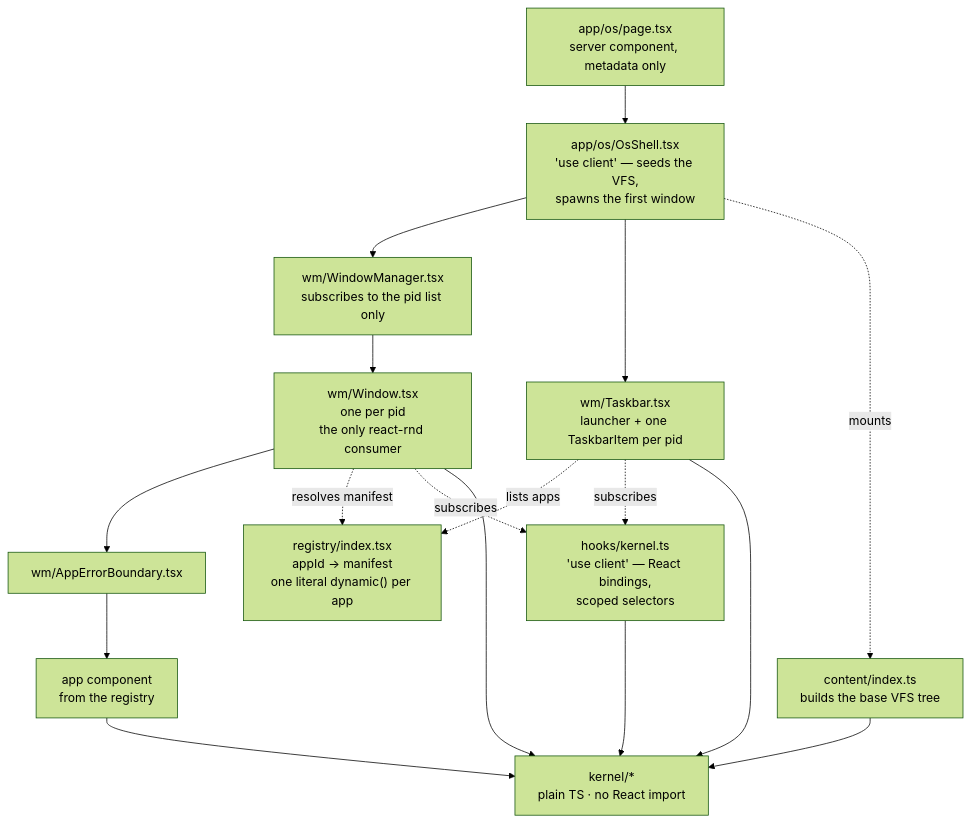
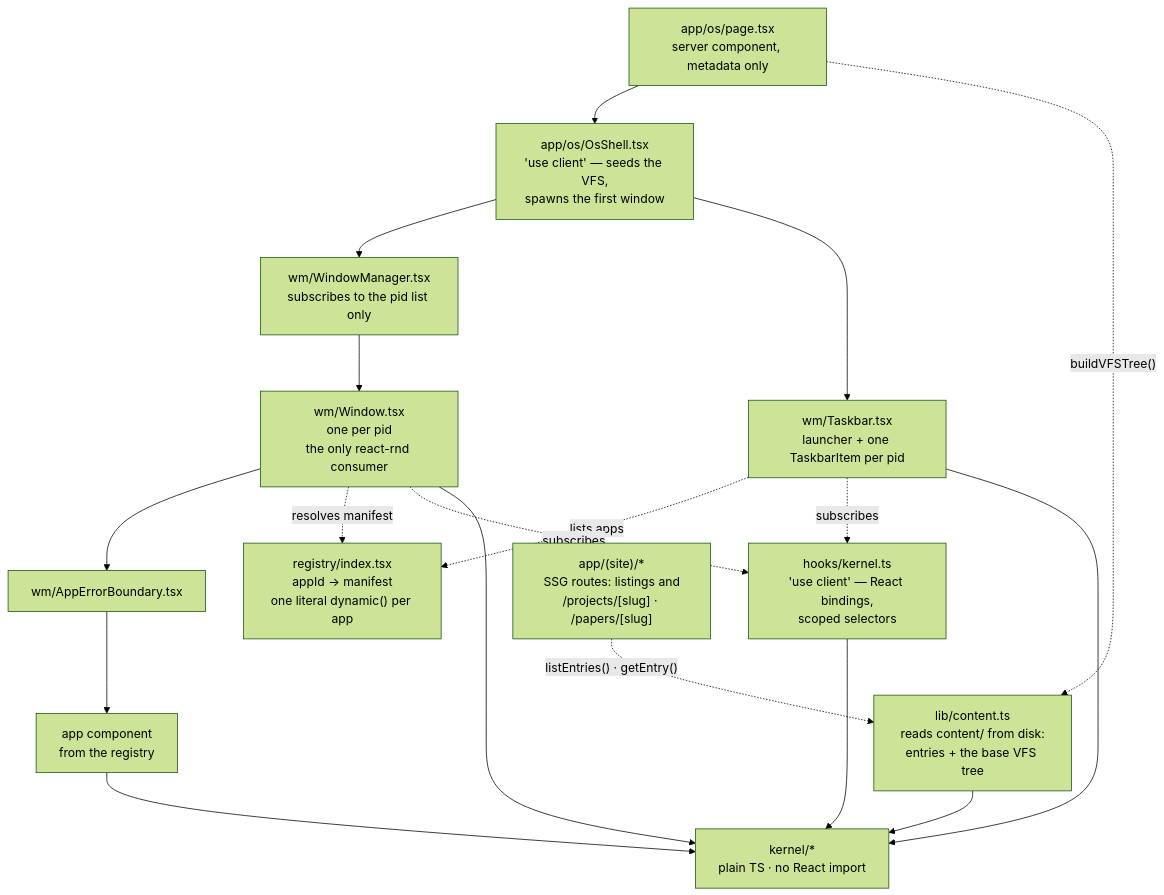
Before and after one commit to ijohnkojo/portfolio: the first of 5 diagrams in docs/architecture.md, drawn with Mermaid (forest theme). The commit also changed other lines of this file and 33 other files, not shown here.

First line of the commit message:
Content pipeline: MDX from disk, crawlable SSG routes, VFS from the same read

````diff
--- a/docs/architecture.md
+++ b/docs/architecture.md
@@ -18,34 +18,36 @@
 ```mermaid
 flowchart TB
     PAGE["app/os/page.tsx<br/>server component, metadata only"]
     SHELL["app/os/OsShell.tsx<br/>'use client' — seeds the VFS,<br/>spawns the first window"]
     WM["wm/WindowManager.tsx<br/>subscribes to the pid list only"]
     WIN["wm/Window.tsx<br/>one per pid<br/>the only react-rnd consumer"]
     EB["wm/AppErrorBoundary.tsx"]
     APP["app component<br/>from the registry"]
     TB["wm/Taskbar.tsx<br/>launcher + one TaskbarItem per pid"]
 
     REG["registry/index.tsx<br/>appId → manifest<br/>one literal dynamic() per app"]
     HOOKS["hooks/kernel.ts<br/>'use client' — React bindings,<br/>scoped selectors"]
-    CONTENT["content/index.ts<br/>builds the base VFS tree"]
+    CONTENT["lib/content.ts<br/>reads content/ from disk:<br/>entries + the base VFS tree"]
     KERNEL["kernel/*<br/>plain TS · no React import"]
 
     PAGE --> SHELL
     SHELL --> WM
     SHELL --> TB
     WM --> WIN
     WIN --> EB
     EB --> APP
 
     WIN -. "resolves manifest" .-> REG
     TB -. "lists apps" .-> REG
     WIN -. "subscribes" .-> HOOKS
     TB -. "subscribes" .-> HOOKS
-    SHELL -. "mounts" .-> CONTENT
+    PAGE -. "buildVFSTree()" .-> CONTENT
+    SITE["app/(site)/*<br/>SSG routes: listings and<br/>/projects/[slug] · /papers/[slug]"]
+    SITE -. "listEntries() · getEntry()" .-> CONTENT
 
     HOOKS --> KERNEL
     WIN --> KERNEL
     TB --> KERNEL
     APP --> KERNEL
     CONTENT --> KERNEL
 ```
````
